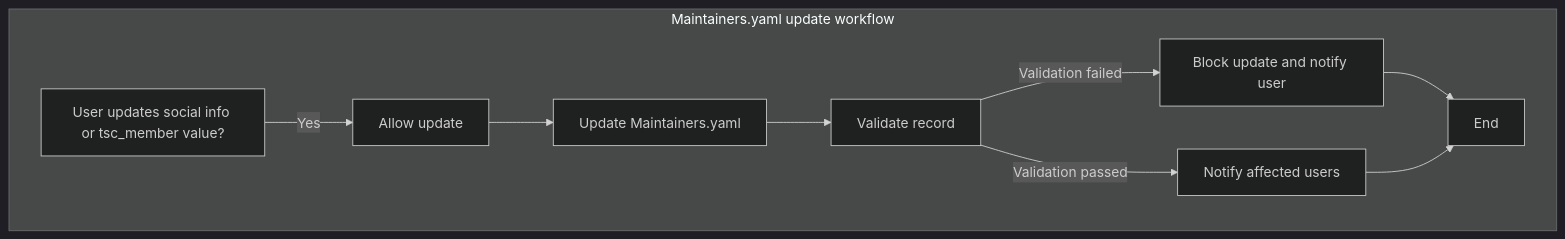
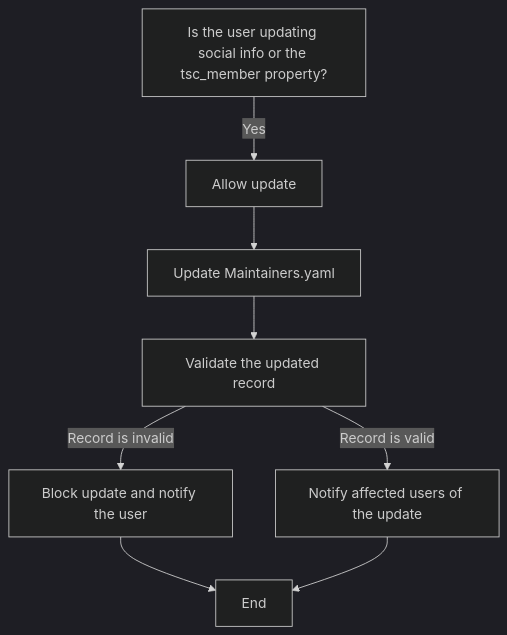
The sixth of 12 diagrams in scripts/README.md (14Richa/testRepo), drawn with Mermaid (dark theme) before and after one commit. The commit also changed other lines of this file, not shown here.

Commit message:
added updated flowchart

````diff
--- a/scripts/README.md
+++ b/scripts/README.md
@@ -101,12 +101,11 @@
 ```mermaid
 graph TD;
-subgraph Maintainers.yaml update workflow
-    A[User updates social info or tsc_member value?] --> |Yes| B[Allow update];
+    A[Is the user updating social info or the tsc_member property?] --> |Yes| B[Allow update];
     B --> C[Update Maintainers.yaml];
-    C --> D[Validate record];
-    D --> |Validation failed| E[Block update and notify user];
-    D --> |Validation passed| F[Notify affected users];
+    C --> D[Validate the updated record];
+    D --> |Record is invalid| E[Block update and notify the user];
+    D --> |Record is valid| F[Notify affected users of the update];
     E --> G[End];
     F --> G[End];
-end
+
 ```
````
